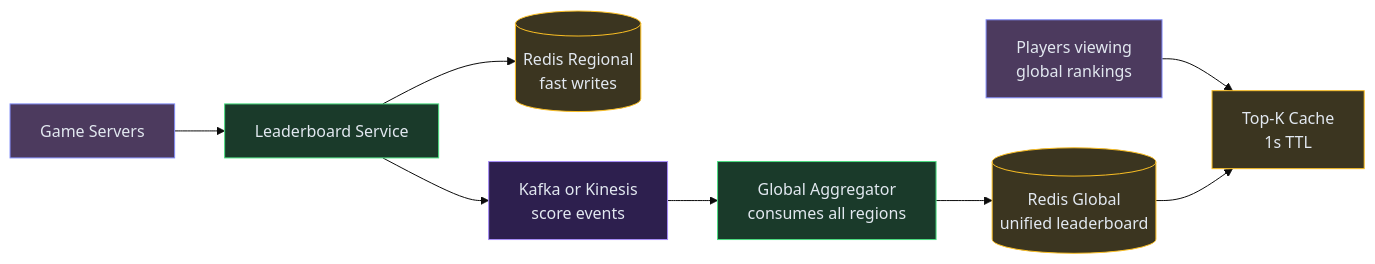
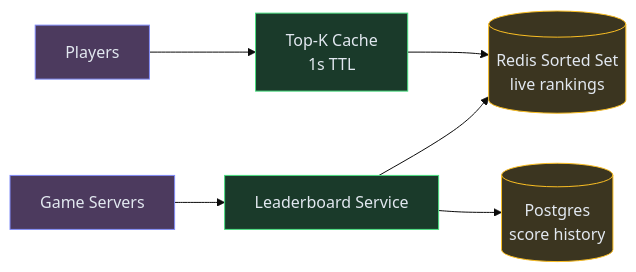
The seventh of 7 diagrams in content/hld/Leaderboard.md (iluzn/HLD-Designs), drawn with Mermaid (base theme) before and after one commit. The commit also changed other lines of this file and 1 other file, not shown here.

Commit message:
rewrite Pastebin + Leaderboard in Hello Interview style: incremental FR-by-FR build

````diff
--- a/content/hld/Leaderboard.md
+++ b/content/hld/Leaderboard.md
@@ -265,24 +382,19 @@
 ```mermaid
 flowchart LR
-    G["Game Servers"]:::client
+    GAME["Game Servers"]:::client
     API["Leaderboard Service"]:::service
-    R1[("Redis Regional<br/>fast writes")]:::data
-    K["Kafka or Kinesis<br/>score events"]:::async
-    AGG["Global Aggregator<br/>consumes all regions"]:::service
-    RG[("Redis Global<br/>unified leaderboard")]:::data
-    CACHE["Top-K Cache<br/>1s TTL"]:::data
-    USER["Players viewing<br/>global rankings"]:::client
+    REDIS[("Redis Sorted Set<br/>live rankings")]:::data
+    DB[("Postgres<br/>score history")]:::data
+    CACHE["Top-K Cache<br/>1s TTL"]:::service
+    USER["Players"]:::client
 
-    G --> API
-    API --> R1
-    API --> K
-    K --> AGG
-    AGG --> RG
+    GAME --> API
+    API --> REDIS
+    API --> DB
     USER --> CACHE
-    RG --> CACHE
+    CACHE --> REDIS
 
     classDef client fill:#4c3a5e,stroke:#818cf8,color:#e2e8f0
     classDef service fill:#1a3a2a,stroke:#4ade80,color:#e2e8f0
     classDef data fill:#3b3520,stroke:#fbbf24,color:#e2e8f0
-    classDef async fill:#2d1f4e,stroke:#a78bfa,color:#e2e8f0
 ```
````
